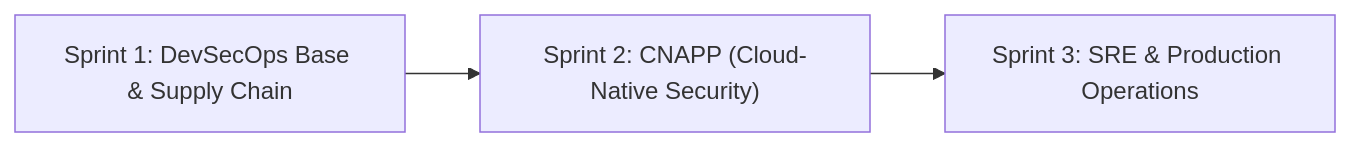
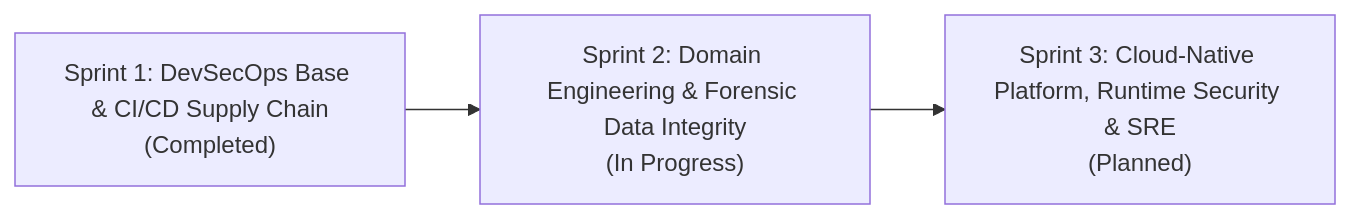
One commit to LuisMamey/forensic-custody-api changed the diagram in docs/ROADMAP.md. Above: the diagram before and after it, drawn with Mermaid. The commit also changed other lines of this file, not shown here.

Commit message:
docs(roadmap): lock architecture roadmap with domain depth and enterprise standards

````diff
--- a/docs/ROADMAP.md
+++ b/docs/ROADMAP.md
@@ -6,5 +6,5 @@
 ```mermaid
 flowchart LR
-    S1["Sprint 1: DevSecOps Base & Supply Chain"] --> S2["Sprint 2: CNAPP (Cloud-Native Security)"]
-    S2 --> S3["Sprint 3: SRE & Production Operations"]
+    S1["Sprint 1: DevSecOps Base & CI/CD Supply Chain<br/>(Completed)"] --> S2["Sprint 2: Domain Engineering & Forensic Data Integrity<br/>(In Progress)"]
+    S2 --> S3["Sprint 3: Cloud-Native Platform, Runtime Security & SRE<br/>(Planned)"]
 ```
````
